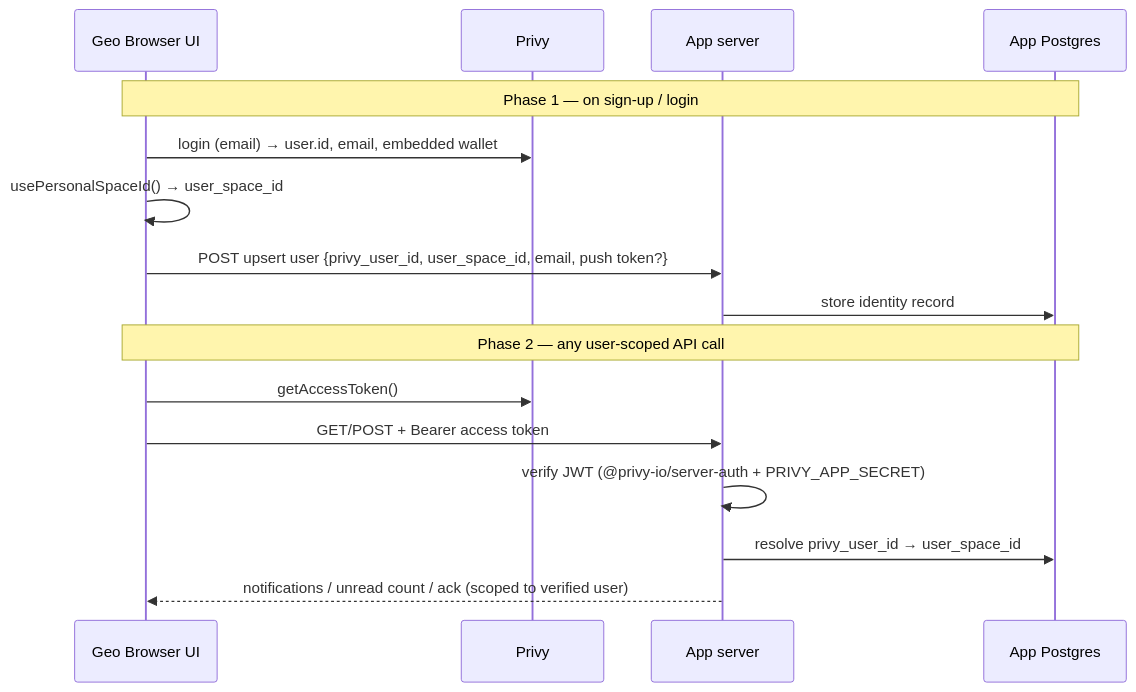
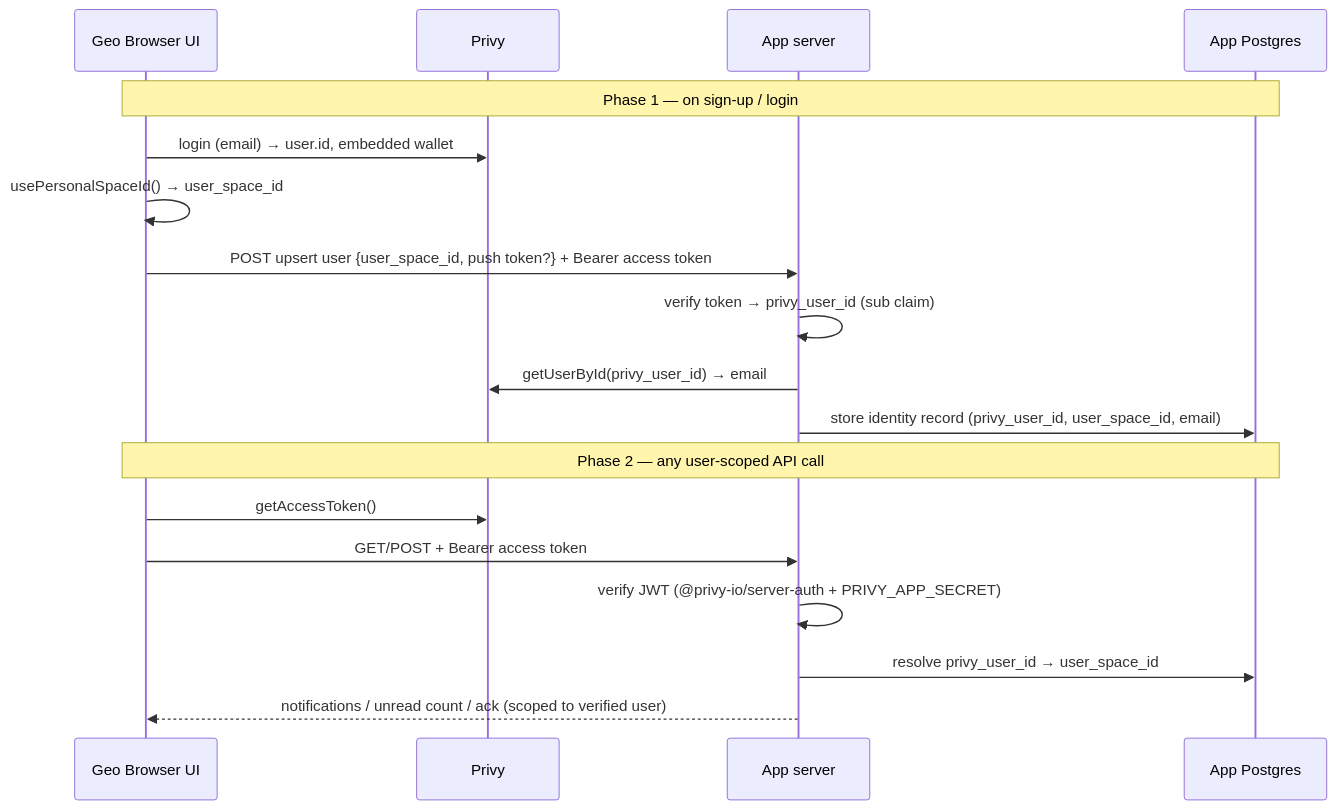
One commit to geobrowser/gaia changed the third of 3 diagrams in docs/notifications-mvp-prd.md. Above: the diagram before and after it, drawn with Mermaid. The commit also changed other lines of this file, not shown here.

Commit message:
docs(notifications): derive saved email from verified Privy token, not client
- Upsert no longer accepts email from the request body; app server resolves it
  server-side via getUserById(privy_user_id) from the verified token claims
- Update identity sequence diagram and assumptions to match
- Reframe the email open question from 'source' to 'freshness/refresh policy'

````diff
--- a/docs/notifications-mvp-prd.md
+++ b/docs/notifications-mvp-prd.md
@@ -154,20 +154,22 @@
 ```mermaid
 sequenceDiagram
     participant FE as Geo Browser UI
     participant Privy as Privy
     participant AS as App server
     participant DB as App Postgres
 
     Note over FE,DB: Phase 1 — on sign-up / login
-    FE->>Privy: login (email) → user.id, email, embedded wallet
+    FE->>Privy: login (email) → user.id, embedded wallet
     FE->>FE: usePersonalSpaceId() → user_space_id
-    FE->>AS: POST upsert user {privy_user_id, user_space_id, email, push token?}
-    AS->>DB: store identity record
+    FE->>AS: POST upsert user {user_space_id, push token?} + Bearer access token
+    AS->>AS: verify token → privy_user_id (sub claim)
+    AS->>Privy: getUserById(privy_user_id) → email
+    AS->>DB: store identity record (privy_user_id, user_space_id, email)
 
     Note over FE,DB: Phase 2 — any user-scoped API call
     FE->>Privy: getAccessToken()
     FE->>AS: GET/POST + Bearer access token
     AS->>AS: verify JWT (@privy-io/server-auth + PRIVY_APP_SECRET)
     AS->>DB: resolve privy_user_id → user_space_id
     AS-->>FE: notifications / unread count / ack (scoped to verified user)
 ```
````
